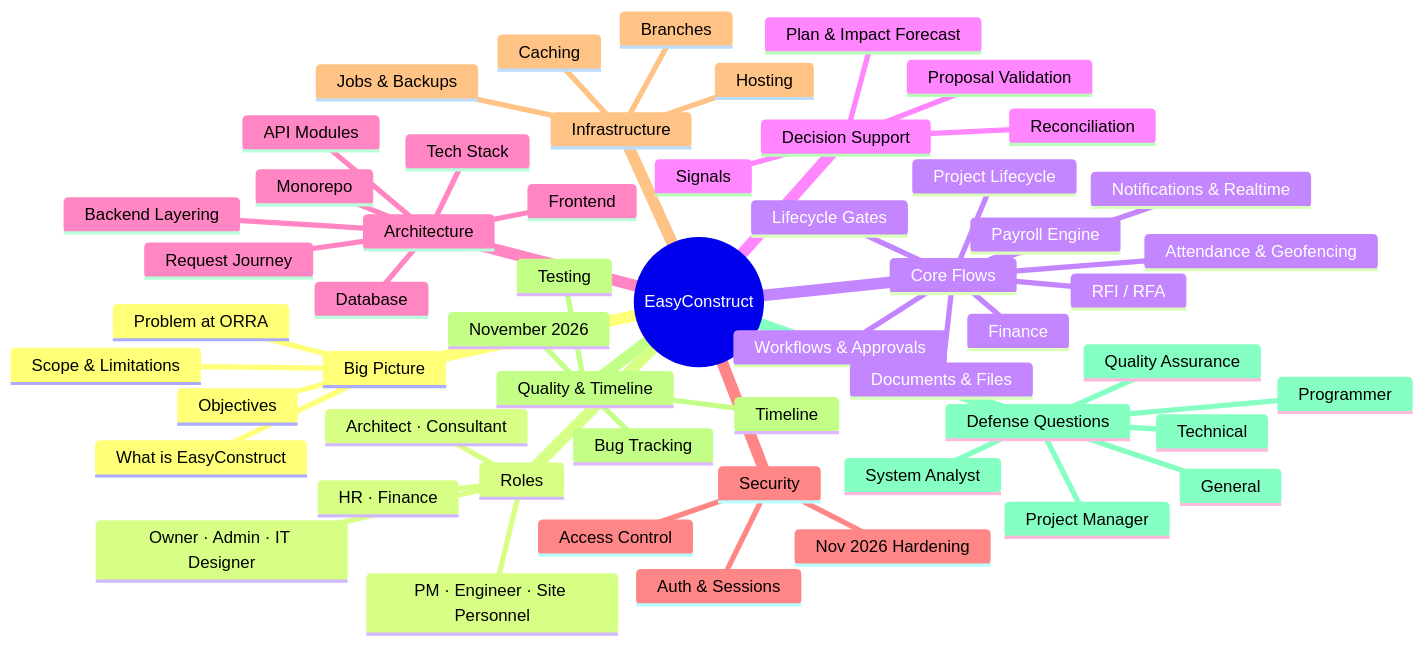
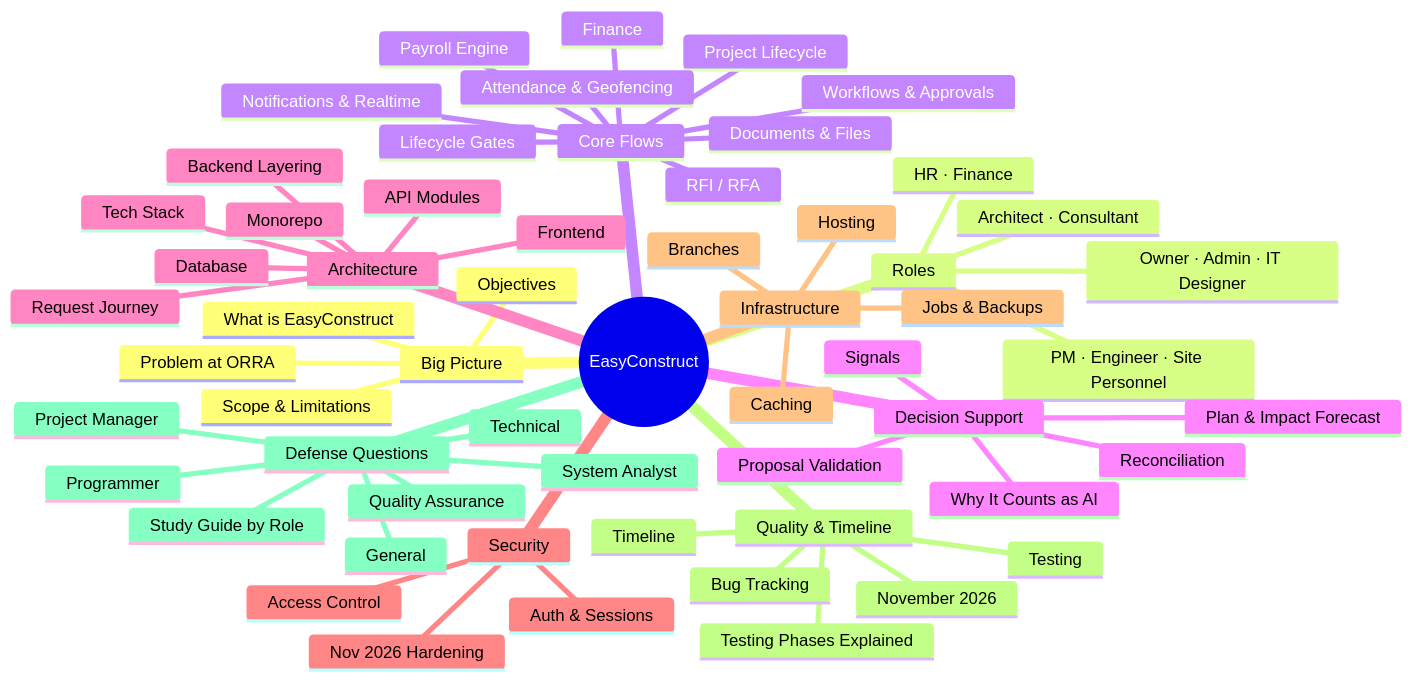
The diagram in content/00 Start Here.md (nhyl-beta/easyconstruct-wiki), drawn with Mermaid before and after one commit. The commit also changed other lines of this file and 9 other files, not shown here.

````diff
--- a/content/00 Start Here.md
+++ b/content/00 Start Here.md
@@ -28,58 +29,61 @@
 ```mermaid
 mindmap
   root((EasyConstruct))
     Big Picture
       What is EasyConstruct
       Problem at ORRA
       Objectives
       Scope & Limitations
     Roles
       Owner · Admin · IT Designer
       PM · Engineer · Site Personnel
       Architect · Consultant
       HR · Finance
     Core Flows
       Project Lifecycle
       Lifecycle Gates
       Workflows & Approvals
       RFI / RFA
       Attendance & Geofencing
       Payroll Engine
       Finance
       Documents & Files
       Notifications & Realtime
     Decision Support
+      Why It Counts as AI
       Signals
       Proposal Validation
       Plan & Impact Forecast
       Reconciliation
     Architecture
       Tech Stack
       Monorepo
       Backend Layering
       API Modules
       Frontend
       Database
       Request Journey
     Security
       Auth & Sessions
       Access Control
       Nov 2026 Hardening
     Infrastructure
       Hosting
       Jobs & Backups
       Caching
       Branches
     Quality & Timeline
       Testing
+      Testing Phases Explained
       Bug Tracking
       Timeline
       November 2026
     Defense Questions
+      Study Guide by Role
       General
       Technical
       Project Manager
       Programmer
       Quality Assurance
       System Analyst
 ```
````
